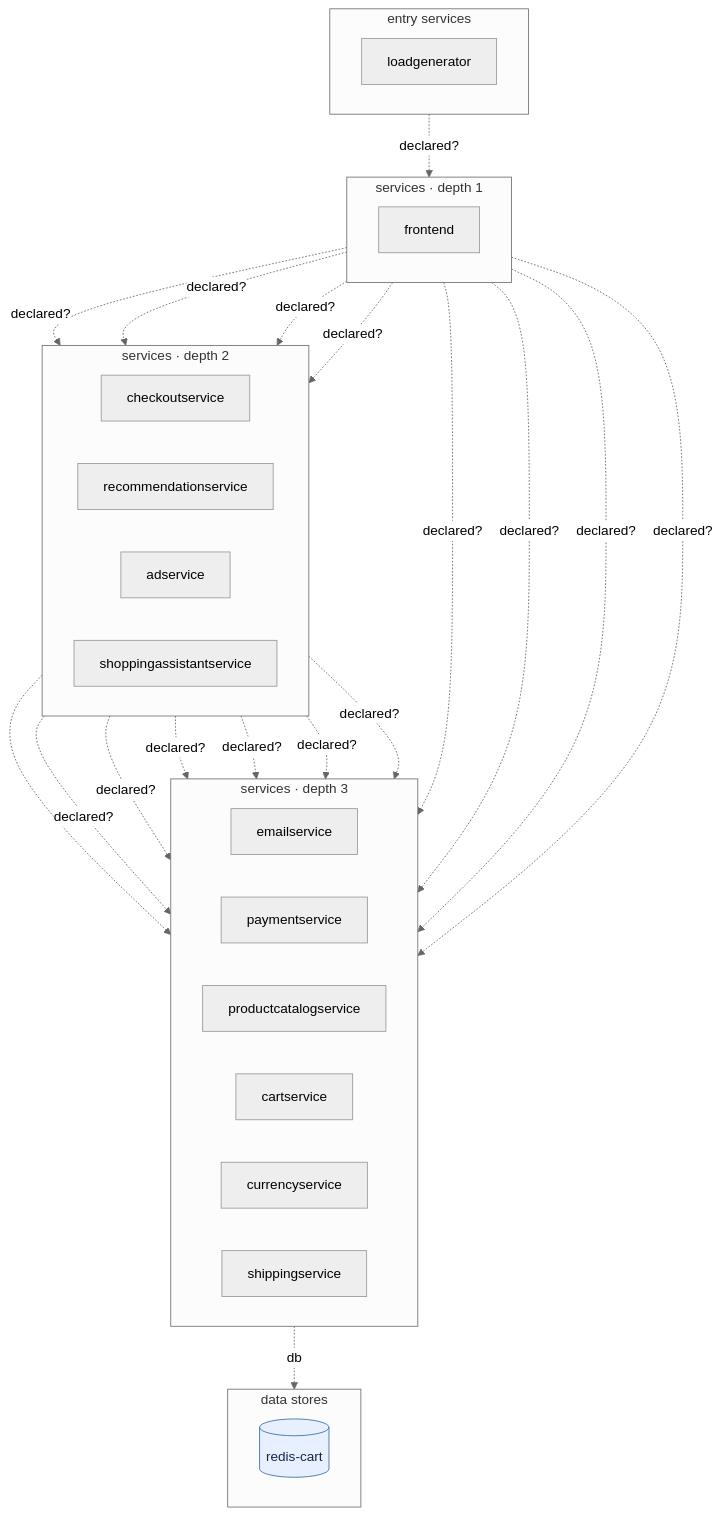
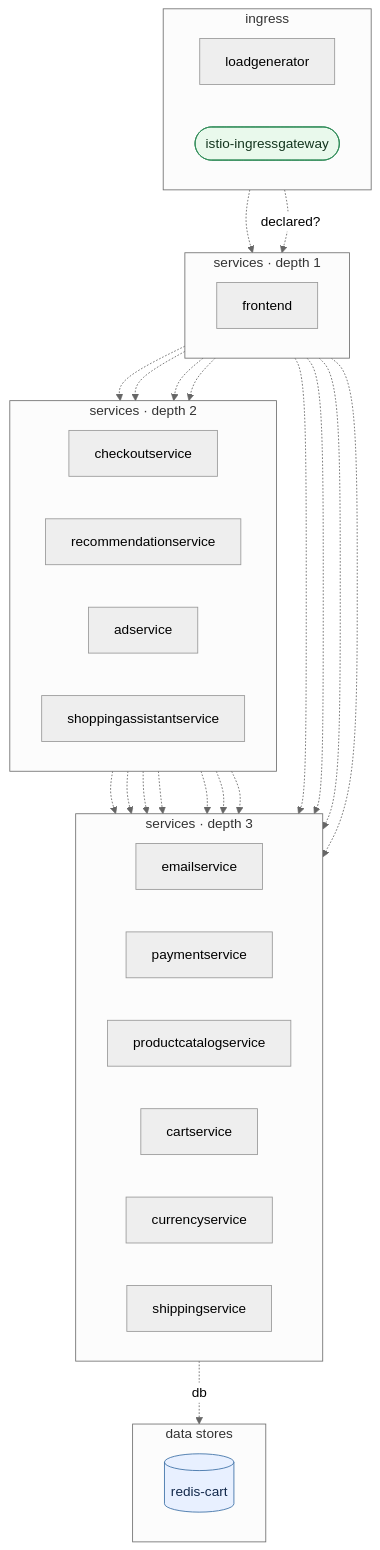
The diagram in docs/generalization/online-boutique.mmd (ANYuu531/ChatOps4Msa-Pipeline), drawn with Mermaid (neutral theme) before and after one commit. The commit also changed 92 other files, not shown here.

```diff
--- a/docs/generalization/online-boutique.mmd
+++ b/docs/generalization/online-boutique.mmd
@@ -1,50 +1,53 @@
 flowchart TB
 %% DepWeaver — microservice dependency graph
 %% solid arrow = observed at runtime (Istio) · dashed = declared in code/doc only
 %% node shape: [service] ([gateway]) [(db)] {{queue}} [/external/]
-  subgraph layer0 ["entry services"]
+  subgraph layer0 ["ingress"]
     direction LR
     loadgenerator["loadgenerator"]
+    istio_ingressgateway(["istio-ingressgateway"]):::gateway
   end
   subgraph layer1 ["services · depth 1"]
     direction LR
     frontend["frontend"]
   end
   subgraph layer2 ["services · depth 2"]
     direction LR
     checkoutservice["checkoutservice"]
     recommendationservice["recommendationservice"]
     adservice["adservice"]
     shoppingassistantservice["shoppingassistantservice"]
   end
   subgraph layer3 ["services · depth 3"]
     direction LR
     emailservice["emailservice"]
     paymentservice["paymentservice"]
     productcatalogservice["productcatalogservice"]
     cartservice["cartservice"]
     currencyservice["currencyservice"]
     shippingservice["shippingservice"]
   end
   subgraph layer4 ["data stores"]
     direction LR
     redis_cart[("redis-cart")]:::db
   end
+  frontend -.-> productcatalogservice
+  frontend -.-> currencyservice
+  frontend -.-> cartservice
+  frontend -.-> recommendationservice
+  frontend -.-> checkoutservice
+  frontend -.-> shippingservice
+  frontend -.-> adservice
+  frontend -.-> shoppingassistantservice
+  checkoutservice -.-> shippingservice
+  checkoutservice -.-> productcatalogservice
+  checkoutservice -.-> cartservice
+  checkoutservice -.-> currencyservice
+  checkoutservice -.-> emailservice
+  checkoutservice -.-> paymentservice
   recommendationservice -.-> productcatalogservice
   cartservice -. db .-> redis_cart
-  checkoutservice -. declared? .-> productcatalogservice
-  checkoutservice -. declared? .-> shippingservice
-  checkoutservice -. declared? .-> paymentservice
-  checkoutservice -. declared? .-> emailservice
-  checkoutservice -. declared? .-> currencyservice
-  checkoutservice -. declared? .-> cartservice
-  frontend -. declared? .-> productcatalogservice
-  frontend -. declared? .-> currencyservice
-  frontend -. declared? .-> cartservice
-  frontend -. declared? .-> recommendationservice
-  frontend -. declared? .-> shippingservice
-  frontend -. declared? .-> checkoutservice
-  frontend -. declared? .-> adservice
-  frontend -. declared? .-> shoppingassistantservice
+  istio_ingressgateway -.-> frontend
   loadgenerator -. declared? .-> frontend
 classDef db fill:#e8f0ff,stroke:#3a6ea5,color:#13294b;
+classDef gateway fill:#e9f9ec,stroke:#2e8b57,color:#14351f;
```
